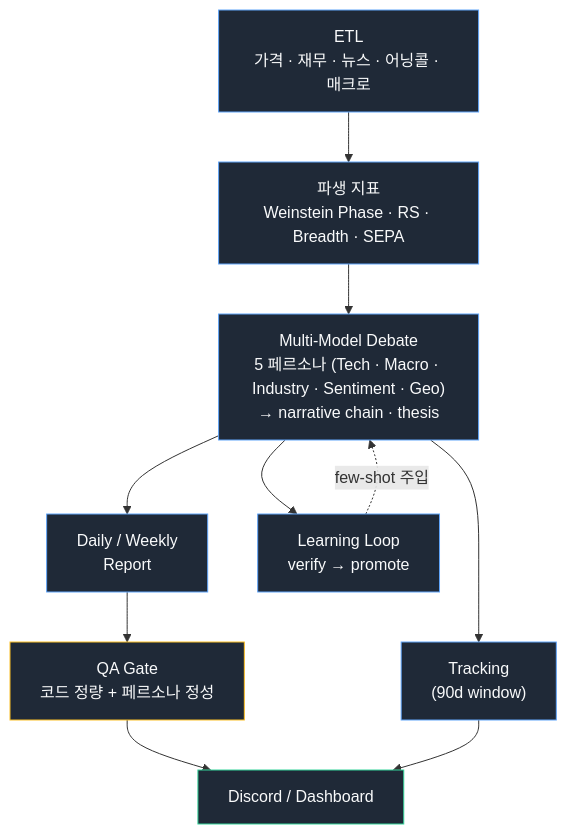
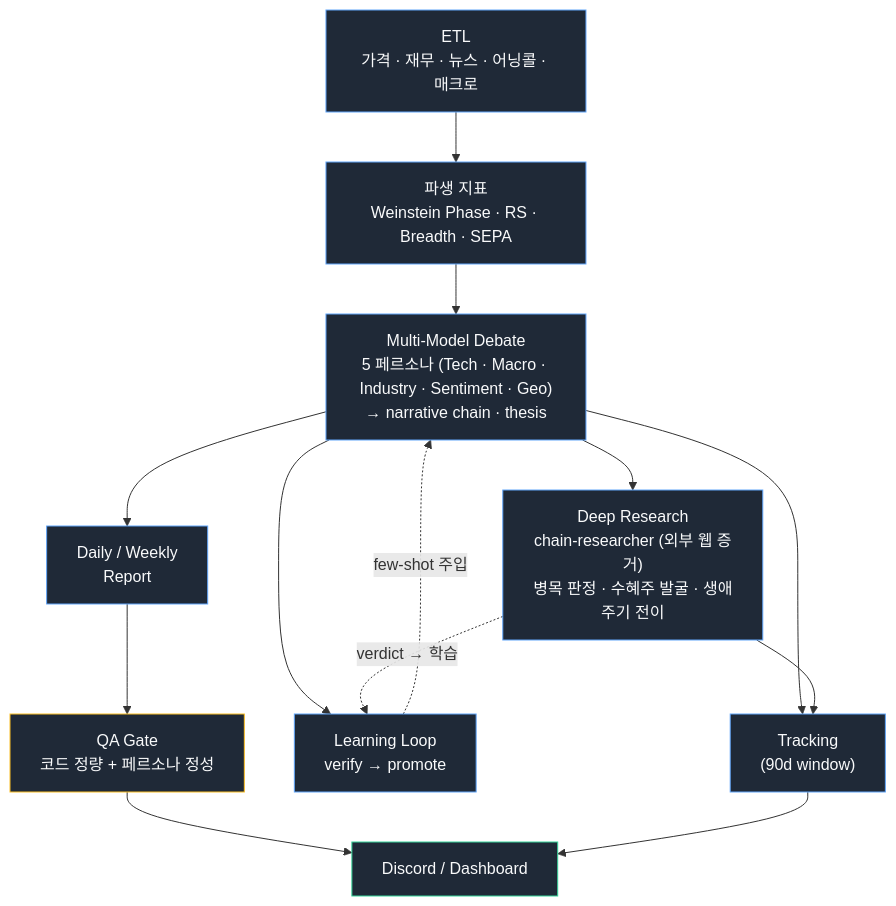
The diagram in README.md (sossost/market-analyst-showcase), drawn with Mermaid before and after one commit. The commit also changed other lines of this file and 2 other files, not shown here.

First line of the commit message:
docs: add chain-researcher deep research + lifecycle transition

````diff
--- a/README.md
+++ b/README.md
@@ -26,28 +28,32 @@
 ```mermaid
 flowchart TB
     ETL["ETL<br/>가격 · 재무 · 뉴스 · 어닝콜 · 매크로"]
     DERIVED["파생 지표<br/>Weinstein Phase · RS · Breadth · SEPA"]
     DEBATE["Multi-Model Debate<br/>5 페르소나 (Tech · Macro · Industry · Sentiment · Geo)<br/>→ narrative chain · thesis"]
+    RESEARCH["Deep Research<br/>chain-researcher (외부 웹 증거)<br/>병목 판정 · 수혜주 발굴 · 생애주기 전이"]
     REPORT["Daily / Weekly<br/>Report"]
     TRACK["Tracking<br/>(90d window)"]
     LEARN["Learning Loop<br/>verify → promote"]
     QA["QA Gate<br/>코드 정량 + 페르소나 정성"]
     OUT["Discord / Dashboard"]
 
     ETL --> DERIVED
     DERIVED --> DEBATE
+    DEBATE --> RESEARCH
     DEBATE --> REPORT
     DEBATE --> TRACK
     DEBATE --> LEARN
+    RESEARCH --> TRACK
+    RESEARCH -. verdict → 학습 .-> LEARN
     LEARN -. few-shot 주입 .-> DEBATE
     REPORT --> QA
     QA --> OUT
     TRACK --> OUT
 
     classDef stage fill:#1f2937,stroke:#60a5fa,color:#f9fafb,stroke-width:1px
     classDef gate fill:#1f2937,stroke:#fbbf24,color:#f9fafb,stroke-width:1px
     classDef out fill:#1f2937,stroke:#34d399,color:#f9fafb,stroke-width:1px
-    class ETL,DERIVED,DEBATE,REPORT,TRACK,LEARN stage
+    class ETL,DERIVED,DEBATE,RESEARCH,REPORT,TRACK,LEARN stage
     class QA gate
     class OUT out
 ```
````
